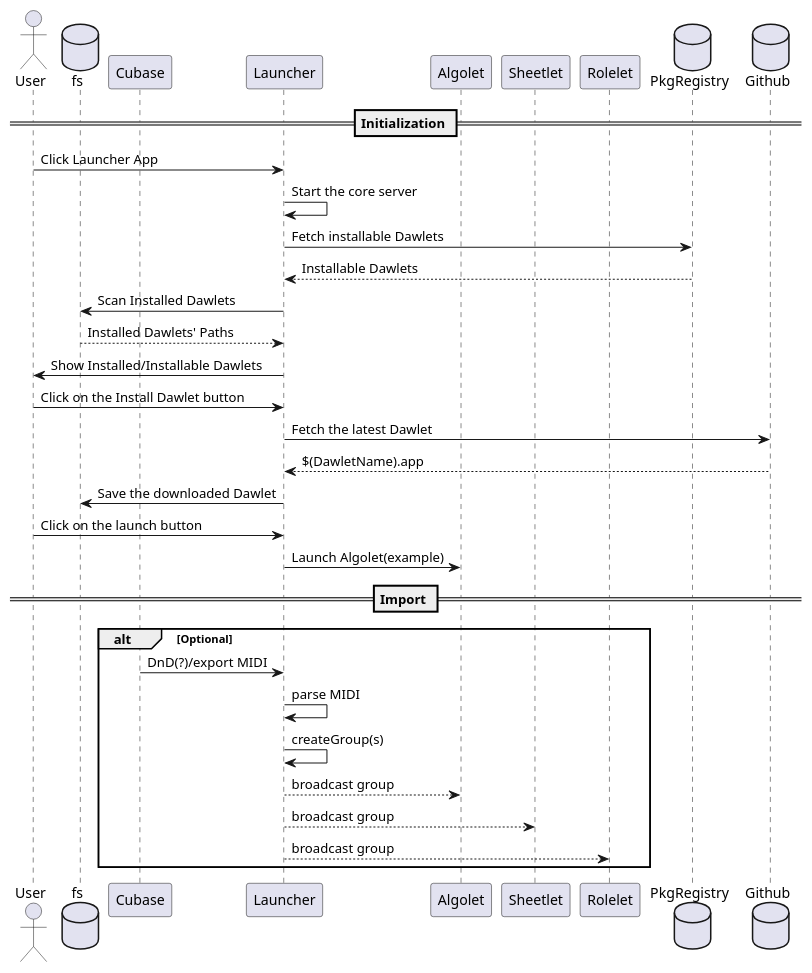
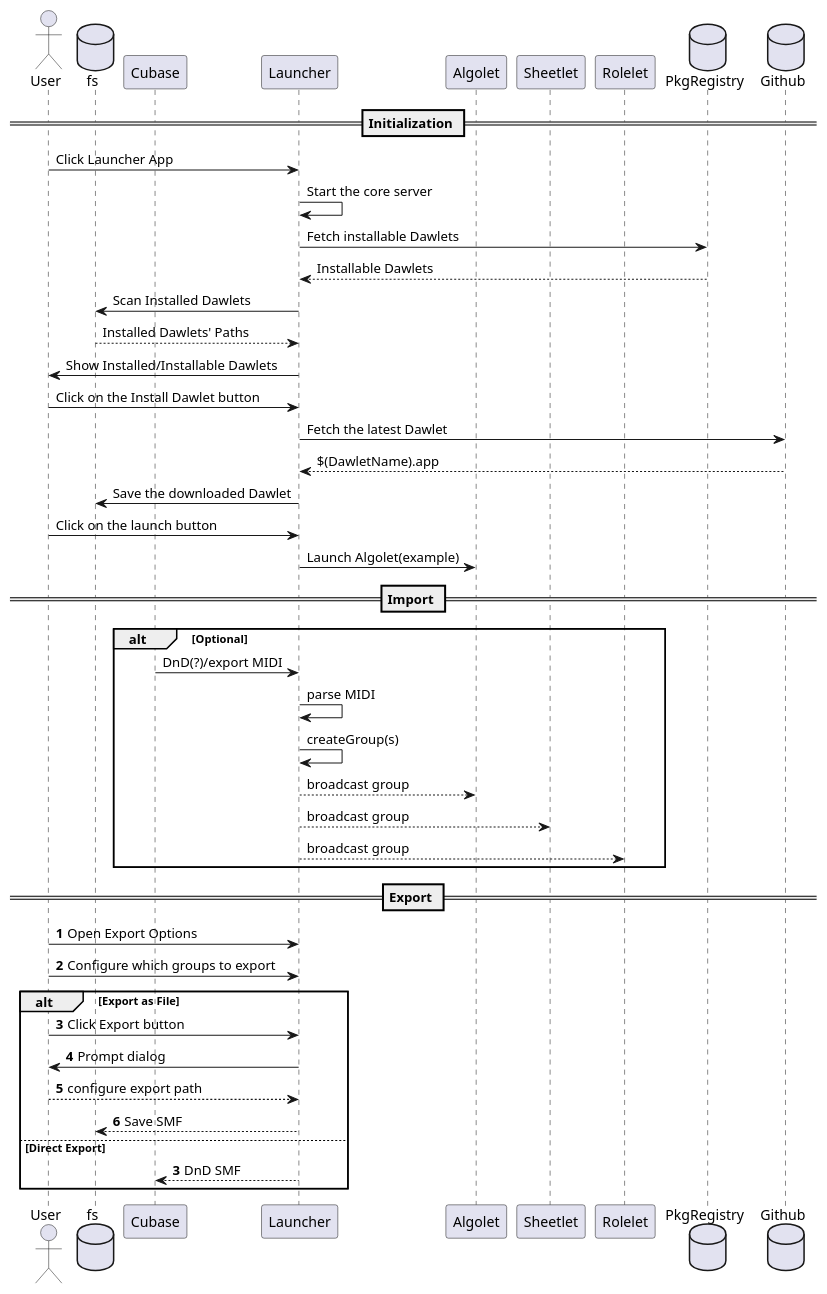
The diagram in yogo/docs/sequence.pu (dawlet-team/dawlet-poc), drawn with PlantUML before and after one commit.

Commit message:
docs: add export section in sequence diagram

```diff
--- a/yogo/docs/sequence.pu
+++ b/yogo/docs/sequence.pu
@@ -1,40 +1,55 @@
 @startuml Dawlet Sequence
 actor User
 database fs
 participant Cubase
 participant Launcher
 participant Algolet
 participant Sheetlet
 participant Rolelet
 database PkgRegistry
 database Github
 
 == Initialization ==
 
 User -> Launcher: Click Launcher App
 Launcher -> Launcher: Start the core server
 Launcher -> PkgRegistry: Fetch installable Dawlets
 Launcher <-- PkgRegistry: Installable Dawlets
 Launcher -> fs: Scan Installed Dawlets
 fs --> Launcher: Installed Dawlets' Paths
 User <- Launcher: Show Installed/Installable Dawlets
 User -> Launcher: Click on the Install Dawlet button
 Launcher -> Github: Fetch the latest Dawlet
 Launcher <-- Github: $(DawletName).app
 fs <- Launcher: Save the downloaded Dawlet
 User -> Launcher: Click on the launch button
 Launcher -> Algolet: Launch Algolet(example)
 
 
 == Import ==
 
 alt Optional
   Cubase -> Launcher: DnD(?)/export MIDI
   Launcher -> Launcher: parse MIDI
   Launcher -> Launcher: createGroup(s)
   Launcher --> Algolet: broadcast group
   Launcher --> Sheetlet: broadcast group
   Launcher --> Rolelet: broadcast group
 end
 
+== Export ==
+
+autonumber
+User -> Launcher: Open Export Options
+User -> Launcher: Configure which groups to export
+alt Export as File
+  User -> Launcher: Click Export button
+  User <- Launcher: Prompt dialog
+  User --> Launcher: configure export path
+  fs <-- Launcher: Save SMF
+else Direct Export
+  autonumber 3
+  Cubase <-- Launcher: DnD SMF
+end
+
 @enduml
```
